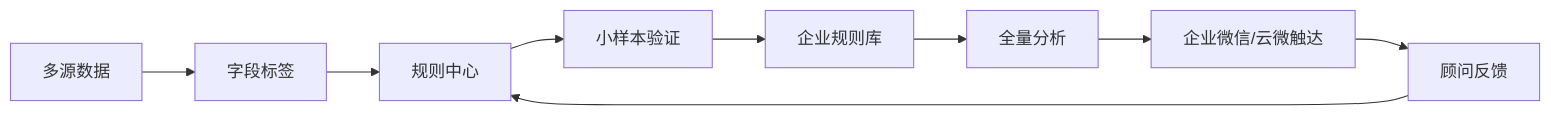
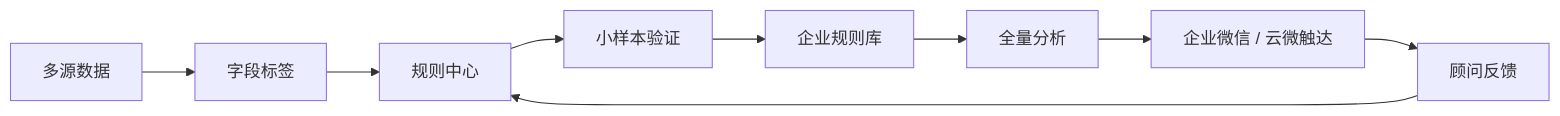
The diagram in docs/product-planning/AI增长操作系统领导评审文档.md (cat0141/AI-consultant), drawn with Mermaid before and after one commit. The commit also changed other lines of this file, not shown here.

````diff
--- a/docs/product-planning/AI增长操作系统领导评审文档.md
+++ b/docs/product-planning/AI增长操作系统领导评审文档.md
@@ -82,11 +80,11 @@
 ```mermaid
 flowchart LR
     A[多源数据] --> B[字段标签]
     B --> C[规则中心]
     C --> D[小样本验证]
     D --> E[企业规则库]
     E --> F[全量分析]
-    F --> G[企业微信/云微触达]
+    F --> G[企业微信 / 云微触达]
     G --> H[顾问反馈]
     H --> C
 ```
````
